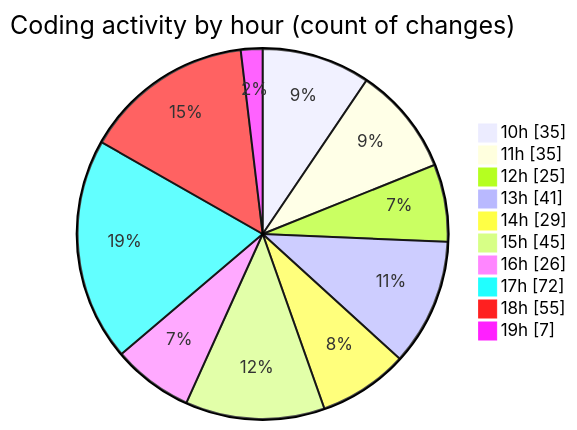
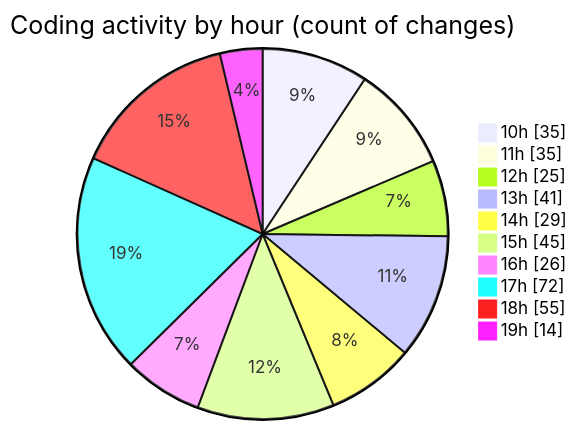
One commit to momahboobian/code-tracking changed the second of 2 diagrams in 2025-03-26/cda/README.md. Above: the diagram before and after it, drawn with Mermaid. The commit also changed other lines of this file and 1 other file, not shown here.

````diff
--- a/2025-03-26/cda/README.md
+++ b/2025-03-26/cda/README.md
@@ -55,14 +56,14 @@
 ```mermaid
 pie showData
 title Coding activity by hour (count of changes)
 "10h" : 35
 "11h" : 35
 "12h" : 25
 "13h" : 41
 "14h" : 29
 "15h" : 45
 "16h" : 26
 "17h" : 72
 "18h" : 55
-"19h" : 7
+"19h" : 14
 ```
````
